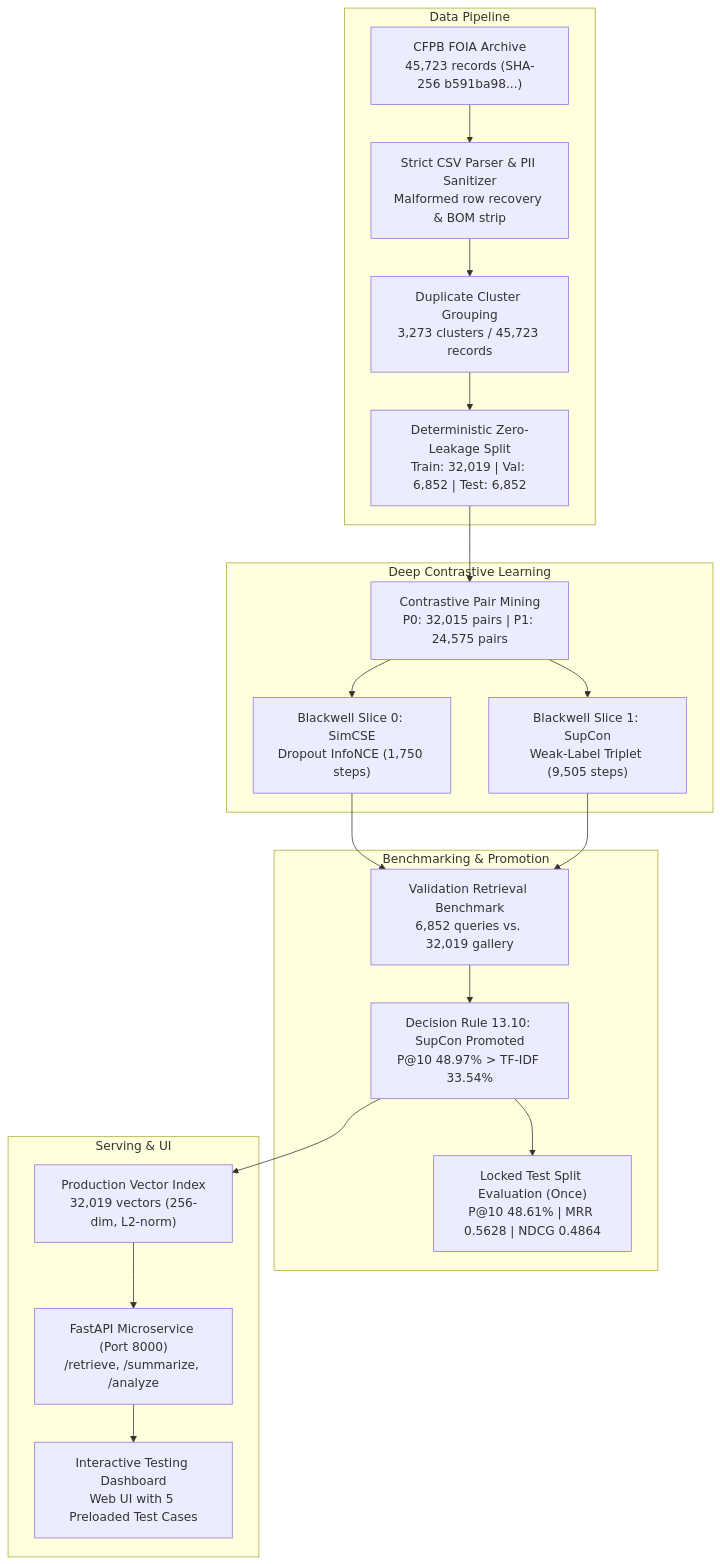
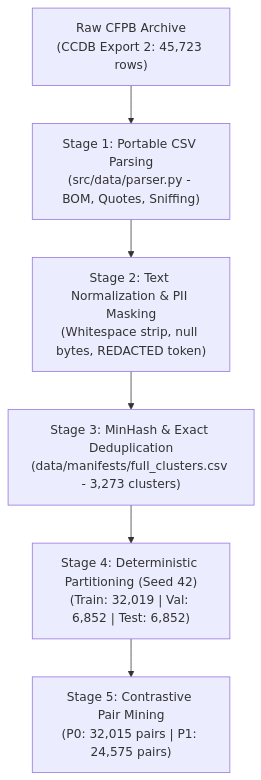
One commit to Fantom-1/Cross-Domain-Complaint-understanding-via-multilingual-Encoders changed the first of 2 diagrams in docs/FINAL_COMPREHENSIVE_PROJECT_REPORT.md. Above: the diagram before and after it, drawn with Mermaid. The commit also changed other lines of this file and 7 other files, not shown here.

````diff
--- a/docs/FINAL_COMPREHENSIVE_PROJECT_REPORT.md
+++ b/docs/FINAL_COMPREHENSIVE_PROJECT_REPORT.md
@@ -25,27 +47,8 @@
 ```mermaid
 flowchart TD
-    subgraph Data Pipeline
-        RAW["CFPB FOIA Archive<br>45,723 records (SHA-256 b591ba98...)"] --> PARSE["Strict CSV Parser & PII Sanitizer<br>Malformed row recovery & BOM strip"]
-        PARSE --> DUP["Duplicate Cluster Grouping<br>3,273 clusters / 45,723 records"]
-        DUP --> SPLIT["Deterministic Zero-Leakage Split<br>Train: 32,019 | Val: 6,852 | Test: 6,852"]
-    end
-
-    subgraph Deep Contrastive Learning
-        SPLIT --> PAIR["Contrastive Pair Mining<br>P0: 32,015 pairs | P1: 24,575 pairs"]
-        PAIR --> MIG0["Blackwell Slice 0: SimCSE<br>Dropout InfoNCE (1,750 steps)"]
-        PAIR --> MIG1["Blackwell Slice 1: SupCon<br>Weak-Label Triplet (9,505 steps)"]
-    end
-
-    subgraph Benchmarking & Promotion
-        MIG0 --> BENCH["Validation Retrieval Benchmark<br>6,852 queries vs. 32,019 gallery"]
-        MIG1 --> BENCH
-        BENCH --> WINNER["Decision Rule 13.10: SupCon Promoted<br>P@10 48.97% > TF-IDF 33.54%"]
-        WINNER --> TEST["Locked Test Split Evaluation (Once)<br>P@10 48.61% | MRR 0.5628 | NDCG 0.4864"]
-    end
-
-    subgraph Serving & UI
-        WINNER --> IDX["Production Vector Index<br>32,019 vectors (256-dim, L2-norm)"]
-        IDX --> API["FastAPI Microservice (Port 8000)<br>/retrieve, /summarize, /analyze"]
-        API --> UI["Interactive Testing Dashboard<br>Web UI with 5 Preloaded Test Cases"]
-    end
+    A["Raw CFPB Archive<br>(CCDB Export 2: 45,723 rows)"] --> B["Stage 1: Portable CSV Parsing<br>(src/data/parser.py - BOM, Quotes, Sniffing)"]
+    B --> C["Stage 2: Text Normalization & PII Masking<br>(Whitespace strip, null bytes, REDACTED token)"]
+    C --> D["Stage 3: MinHash & Exact Deduplication<br>(data/manifests/full_clusters.csv - 3,273 clusters)"]
+    D --> E["Stage 4: Deterministic Partitioning (Seed 42)<br>(Train: 32,019 | Val: 6,852 | Test: 6,852)"]
+    E --> F["Stage 5: Contrastive Pair Mining<br>(P0: 32,015 pairs | P1: 24,575 pairs)"]
 ```
````
